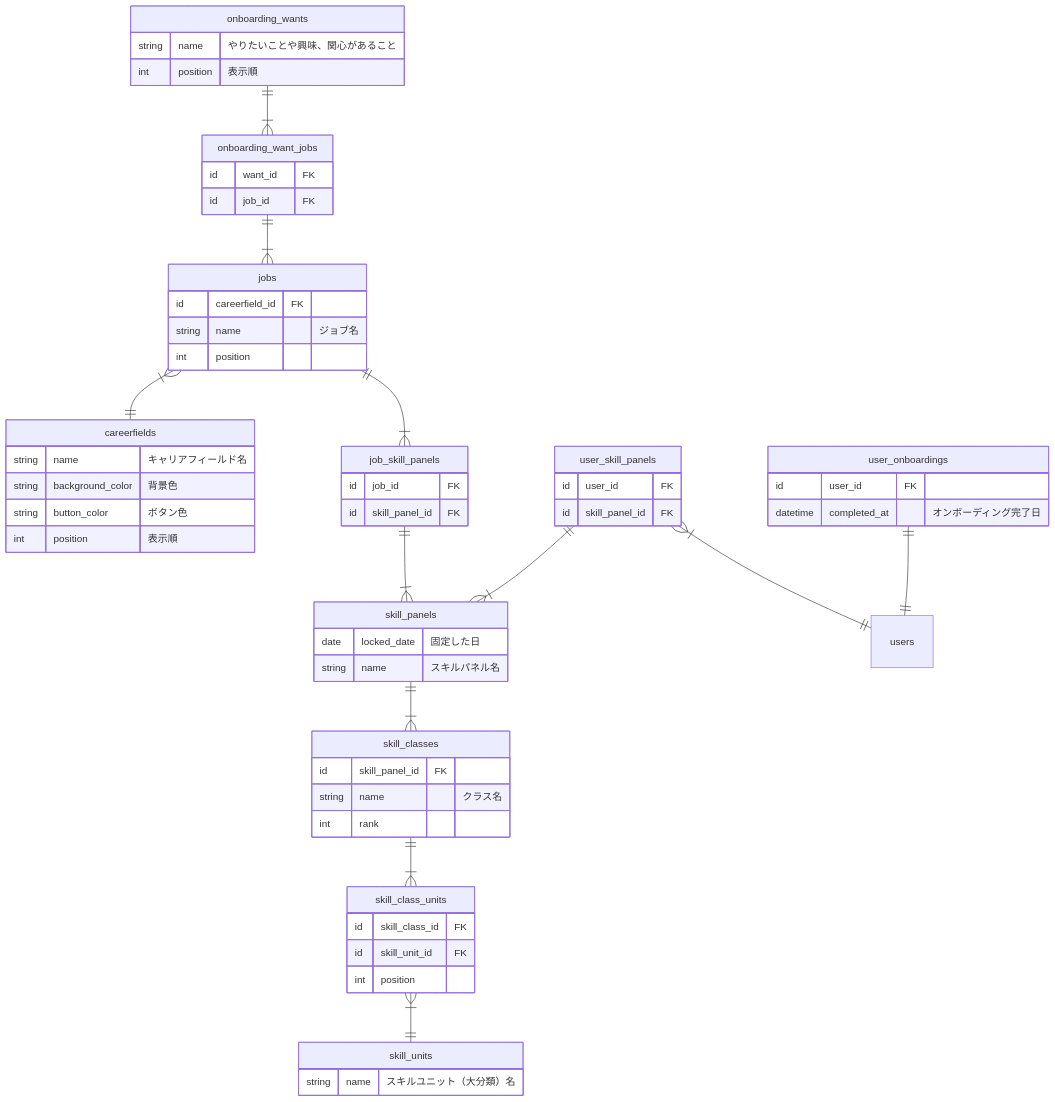
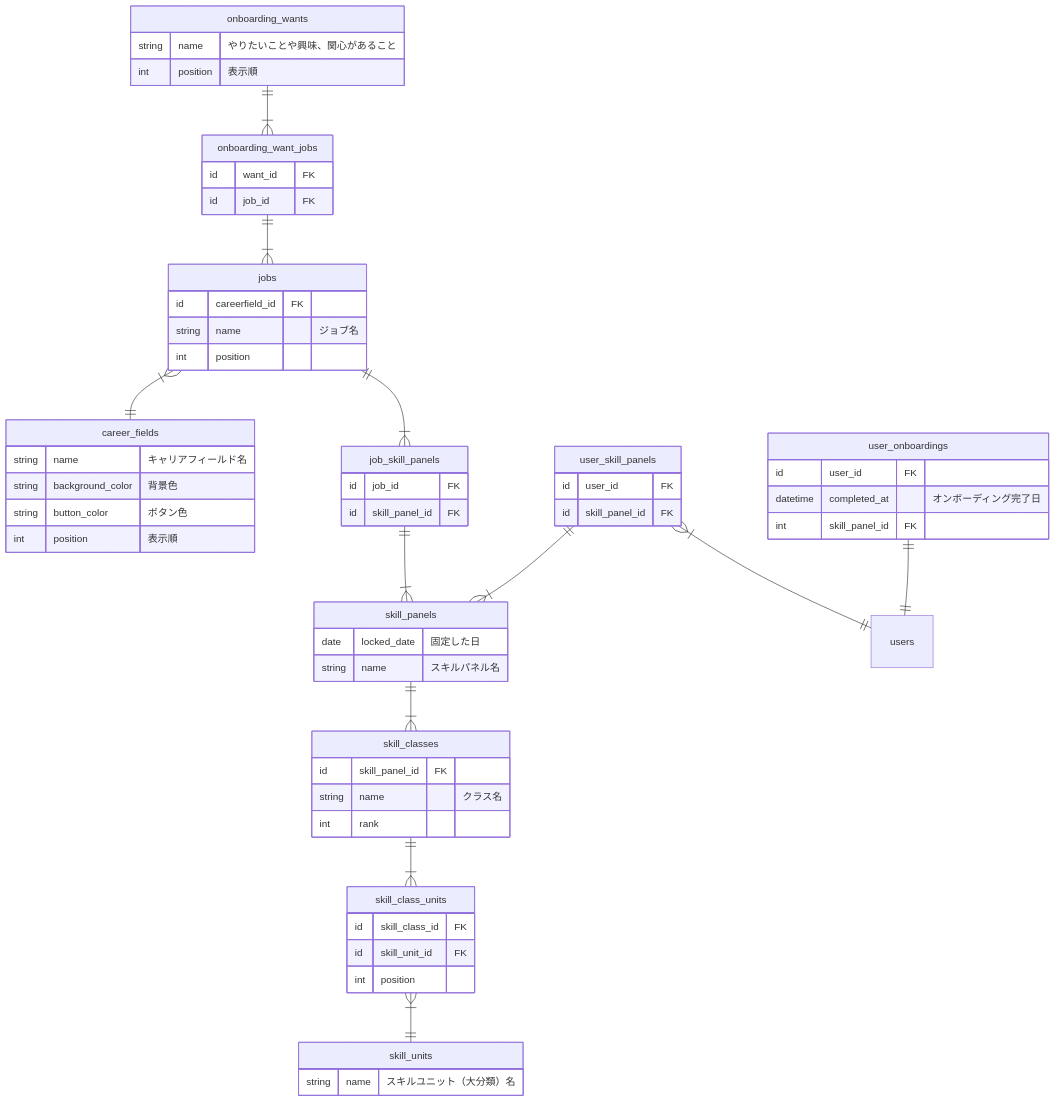
The diagram in docs/conceptual_schemas/onbordings.md (bright-org/bright), drawn with Mermaid before and after one commit. The commit also changed other lines of this file, not shown here.

````diff
--- a/docs/conceptual_schemas/onbordings.md
+++ b/docs/conceptual_schemas/onbordings.md
@@ -21,74 +22,75 @@
 ```mermaid
 erDiagram
   onboarding_wants ||--|{ onboarding_want_jobs : ""
   onboarding_want_jobs ||--|{ jobs : ""
-  jobs }|--|| careerfields : ""
+  jobs }|--|| career_fields : ""
   jobs ||--|{ job_skill_panels : ""
   job_skill_panels ||--|{ skill_panels : ""
   user_skill_panels ||--|{ skill_panels : ""
   user_skill_panels }|--|| users : ""
   user_onboardings ||--|| users : ""
   skill_panels ||--|{ skill_classes : ""
   skill_classes ||--|{ skill_class_units : ""
   skill_class_units }|--|| skill_units : ""
 
   user_onboardings {
     id user_id FK
     datetime completed_at "オンボーディング完了日"
+    int skill_panel_id FK
   }
 
   onboarding_wants {
     string name "やりたいことや興味、関心があること"
     int position "表示順"
   }
 
   onboarding_want_jobs {
     id want_id FK
     id job_id FK
   }
 
-  careerfields {
+  career_fields {
     string name "キャリアフィールド名"
     string background_color "背景色"
     string button_color "ボタン色"
     int position "表示順"
   }
 
   jobs {
     id careerfield_id FK
     string name "ジョブ名"
     int position
   }
 
   job_skill_panels {
     id job_id FK
     id skill_panel_id FK
   }
 
   skill_panels {
     date locked_date "固定した日"
     string name "スキルパネル名"
   }
 
   user_skill_panels {
     id user_id FK
     id skill_panel_id FK
   }
 
   skill_classes {
     id skill_panel_id FK
     string name "クラス名"
     int rank
   }
 
   skill_class_units {
     id skill_class_id FK
     id skill_unit_id FK
     int position
   }
 
   skill_units {
     string name "スキルユニット（大分類）名"
   }
 
 ```
````
